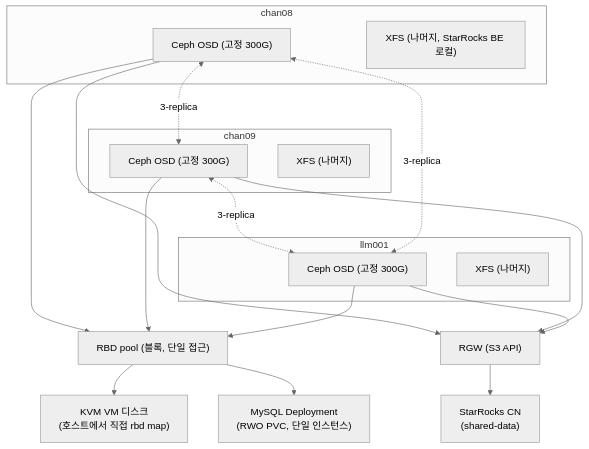
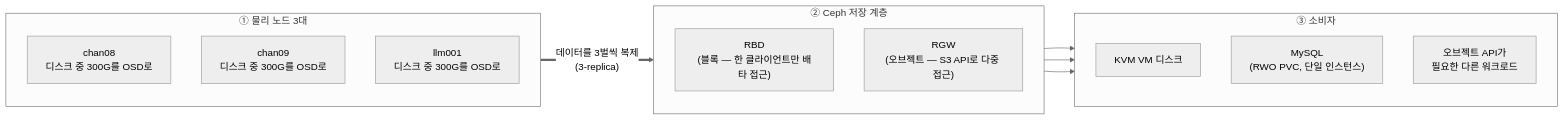
Before and after one commit to gywndi/homelab-diary: the diagram in lessons/07-1-ceph-storage.md, drawn with Mermaid (neutral theme). The commit also changed other lines of this file and 1 other file, not shown here.

Commit message:
Ceph 문서에서 StarRocks 종속 내용 제거, 아키텍처 다이어그램 재구성
- 07-1: 제목/목적/설계결정/아키텍처에서 StarRocks 설명 전부 제거하고 Ceph
  자체 관점으로 재서술(오브젝트 API 소비자는 일반화). 아키텍처 다이어그램을
  물리 노드→Ceph 저장 계층→소비자 3단 흐름으로 재구성해 더 직관적으로.
  "Rook"이 설명 없이 등장하던 것도 첫 문장에서 바로 풀어줌.
- 07-2: StarRocks 벤치마크 행/설명 제거, Ceph(RBD)+MySQL 계층만 남김.

````diff
--- a/lessons/07-1-ceph-storage.md
+++ b/lessons/07-1-ceph-storage.md
@@ -22,29 +24,28 @@
 ```mermaid
-flowchart TB
-    subgraph C08["chan08"]
-        OSD08["Ceph OSD (고정 300G)"]
-        XFS08["XFS (나머지, StarRocks BE 로컬)"]
-    end
-    subgraph C09["chan09"]
-        OSD09["Ceph OSD (고정 300G)"]
-        XFS09["XFS (나머지)"]
-    end
-    subgraph C10["llm001"]
-        OSD10["Ceph OSD (고정 300G)"]
-        XFS10["XFS (나머지)"]
+flowchart LR
+    subgraph NODES["① 물리 노드 3대"]
+        direction TB
+        N08["chan08<br/>디스크 중 300G를 OSD로"]
+        N09["chan09<br/>디스크 중 300G를 OSD로"]
+        N10["llm001<br/>디스크 중 300G를 OSD로"]
     end
 
-    OSD08 <-. 3-replica .-> OSD09
-    OSD09 <-. 3-replica .-> OSD10
-    OSD10 <-. 3-replica .-> OSD08
+    NODES == "데이터를 3벌씩 복제<br/>(3-replica)" ==> POOL
 
-    RBD["RBD pool (블록, 단일 접근)"]
-    RGW["RGW (S3 API)"]
+    subgraph POOL["② Ceph 저장 계층"]
+        direction TB
+        RBD["RBD<br/>(블록 — 한 클라이언트만 배타 접근)"]
+        RGW["RGW<br/>(오브젝트 — S3 API로 다중 접근)"]
+    end
 
-    OSD08 & OSD09 & OSD10 --> RBD
-    OSD08 & OSD09 & OSD10 --> RGW
+    subgraph CONSUMERS["③ 소비자"]
+        direction TB
+        KVM["KVM VM 디스크"]
+        MYSQL["MySQL<br/>(RWO PVC, 단일 인스턴스)"]
+        EXT["오브젝트 API가<br/>필요한 다른 워크로드"]
+    end
 
-    RBD --> KVM["KVM VM 디스크<br/>(호스트에서 직접 rbd map)"]
-    RBD --> MYSQL["MySQL Deployment<br/>(RWO PVC, 단일 인스턴스)"]
-    RGW --> SR["StarRocks CN<br/>(shared-data)"]
+    RBD --> KVM
+    RBD --> MYSQL
+    RGW --> EXT
 ```
````
